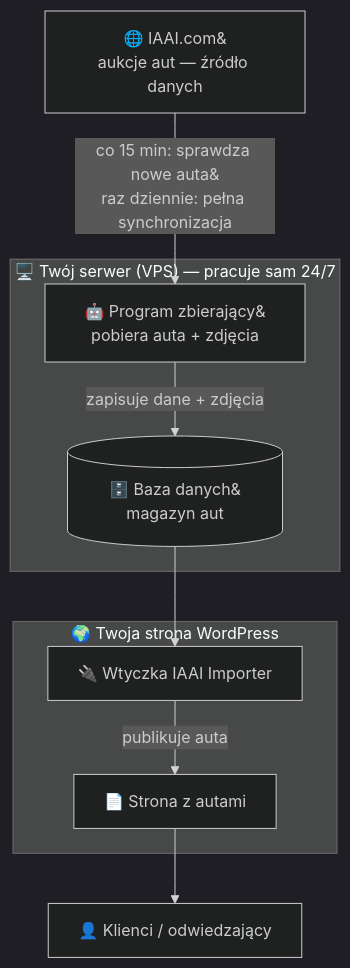
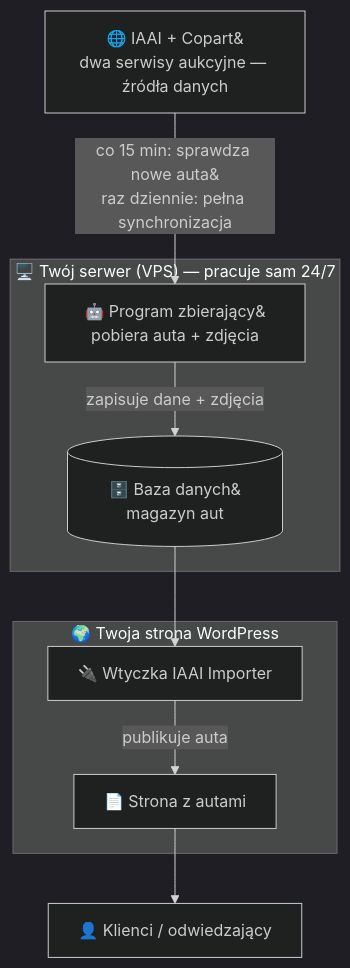
The diagram in docs/klient/diagram-systemu.md (krzysiek2115op/copart-iaai-importer), drawn with Mermaid (dark theme) before and after one commit. The commit also changed other lines of this file and 25 other files, not shown here.

````diff
--- a/docs/klient/diagram-systemu.md
+++ b/docs/klient/diagram-systemu.md
@@ -10,22 +10,22 @@
 ```mermaid
 flowchart TB
-    IAAI["🌐 IAAI.com&#10;aukcje aut — źródło danych"]
+    IAAI["🌐 IAAI + Copart&#10;dwa serwisy aukcyjne — źródła danych"]
 
     subgraph VPS["🖥️ Twój serwer (VPS) — pracuje sam 24/7"]
         SCR["🤖 Program zbierający&#10;pobiera auta + zdjęcia"]
         DB[("🗄️ Baza danych&#10;magazyn aut")]
     end
 
     subgraph WP["🌍 Twoja strona WordPress"]
         PLUG["🔌 Wtyczka IAAI Importer"]
         SITE["📄 Strona z autami"]
     end
 
     VISITOR["👤 Klienci / odwiedzający"]
 
     IAAI -->|"co 15 min: sprawdza nowe auta&#10;raz dziennie: pełna synchronizacja"| SCR
     SCR -->|"zapisuje dane + zdjęcia"| DB
     DB --> PLUG
     PLUG -->|"publikuje auta"| SITE
     SITE --> VISITOR
 ```
````
